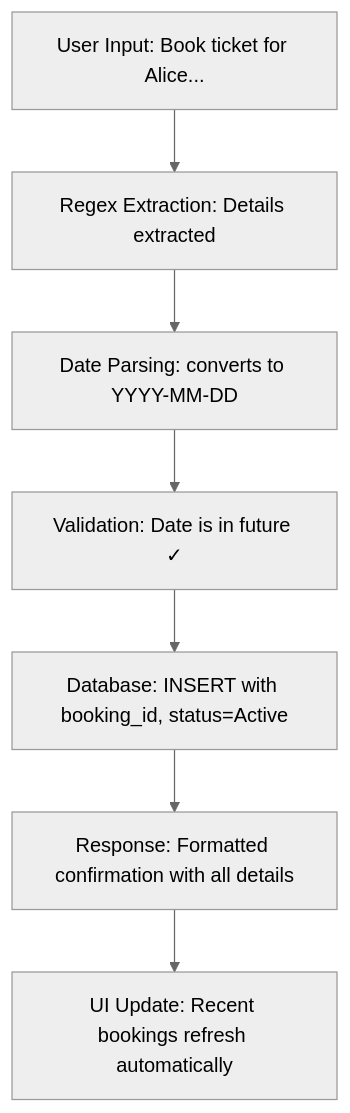
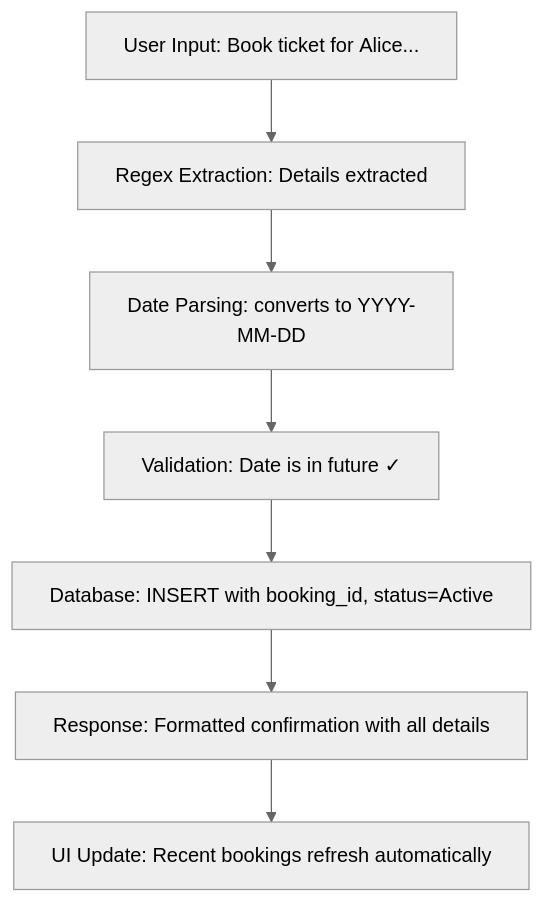
Diagram 13 of 15 in STEP_BY_STEP_GUIDE.md (chaitanyasaiyerra/Musuem-chatbot), drawn with Mermaid (neutral theme) before and after one commit. The commit also changed other lines of this file and 1 other file, not shown here.

Commit message:
docs: replace spaces with nbsp in mermaid diagrams to force single-line rendering

````diff
--- a/STEP_BY_STEP_GUIDE.md
+++ b/STEP_BY_STEP_GUIDE.md
@@ -282,9 +282,9 @@
 ```mermaid
 graph TD
-    A["User Input: Book ticket for Alice..."] --> B["Regex Extraction: Details extracted"]
-    B --> C["Date Parsing: converts to YYYY-MM-DD"]
-    C --> D["Validation: Date is in future ✓"]
-    D --> E["Database: INSERT with booking_id, status=Active"]
-    E --> F["Response: Formatted confirmation with all details"]
-    F --> G["UI Update: Recent bookings refresh automatically"]
+    A["User&nbsp;Input:&nbsp;Book&nbsp;ticket&nbsp;for&nbsp;Alice..."] --> B["Regex&nbsp;Extraction:&nbsp;Details&nbsp;extracted"]
+    B --> C["Date&nbsp;Parsing:&nbsp;converts&nbsp;to&nbsp;YYYY-MM-DD"]
+    C --> D["Validation:&nbsp;Date&nbsp;is&nbsp;in&nbsp;future&nbsp;✓"]
+    D --> E["Database:&nbsp;INSERT&nbsp;with&nbsp;booking_id,&nbsp;status=Active"]
+    E --> F["Response:&nbsp;Formatted&nbsp;confirmation&nbsp;with&nbsp;all&nbsp;details"]
+    F --> G["UI&nbsp;Update:&nbsp;Recent&nbsp;bookings&nbsp;refresh&nbsp;automatically"]
 ```
````
